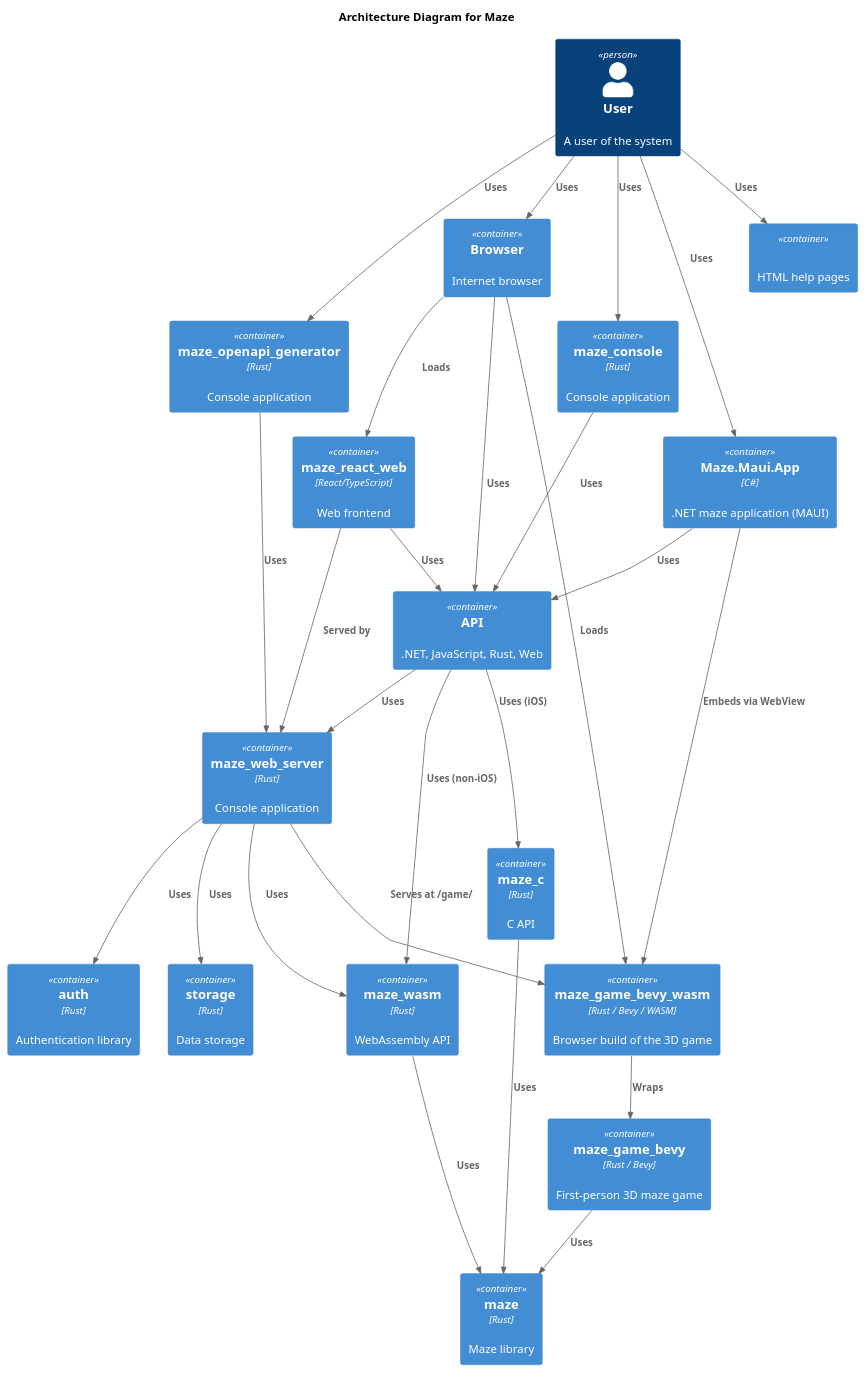
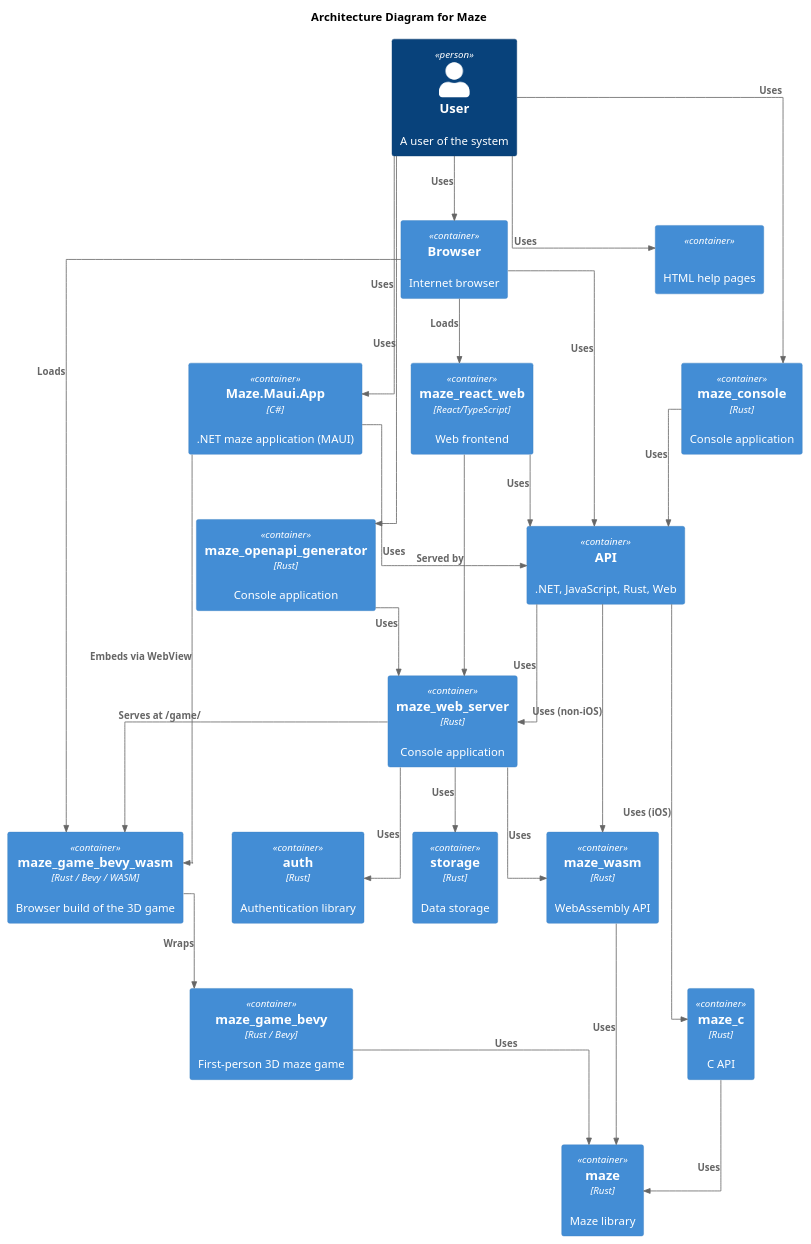
The diagram in docs/diagrams/architecture.puml (budgiedownunder/maze), drawn with PlantUML before and after one commit. The commit also changed 1 other file, not shown here.

Commit message:
docs(diagrams): tighten layout with orthogonal lines and wider node/rank spacing

```diff
--- a/docs/diagrams/architecture.puml
+++ b/docs/diagrams/architecture.puml
@@ -2,51 +2,56 @@
 @startuml architecture
 
 !include https://raw.githubusercontent.com/plantuml-stdlib/C4-PlantUML/master/C4_Container.puml
+
+LAYOUT_TOP_DOWN()
+skinparam linetype ortho
+skinparam nodesep 60
+skinparam ranksep 80
 
 title Architecture Diagram for Maze
 
 Person(user, "User", "A user of the system")
 
 Container(api, "API", "", ".NET, JavaScript, Rust, Web")
 Container(auth, "auth", "Rust", "Authentication library")
 Container(browser, "Browser", "", "Internet browser")
 Container(html_help, "", "", "HTML help pages")
 Container(maze, "maze", "Rust", "Maze library")
 Container(maze_c, "maze_c", "Rust", "C API")
 Container(maze_console, "maze_console", "Rust", "Console application")
 Container(maze_game_bevy, "maze_game_bevy", "Rust / Bevy", "First-person 3D maze game")
 Container(maze_game_bevy_wasm, "maze_game_bevy_wasm", "Rust / Bevy / WASM", "Browser build of the 3D game")
 Container(maze_maui_app_net, "Maze.Maui.App", "C#", ".NET maze application (MAUI)")
 Container(maze_openapi_generator, "maze_openapi_generator", "Rust", "Console application")
 Container(maze_wasm, "maze_wasm", "Rust", "WebAssembly API")
 Container(maze_react_web, "maze_react_web", "React/TypeScript", "Web frontend")
 Container(maze_web_server, "maze_web_server", "Rust", "Console application")
 Container(storage, "storage", "Rust", "Data storage")
 
 Rel(user, browser, "Uses")
 Rel(maze_react_web, maze_web_server, "Served by")
 Rel(user, html_help, "Uses")
 Rel(user, maze_console, "Uses")
 Rel(user, maze_maui_app_net, "Uses")
 Rel(user, maze_openapi_generator, "Uses")
 Rel(browser, api, "Uses")
 Rel(browser, maze_react_web, "Loads")
 Rel(maze_react_web, api, "Uses")
 Rel(maze_console, api, "Uses")
 Rel(maze_maui_app_net, api, "Uses")
 Rel(maze_openapi_generator, maze_web_server, "Uses")
 Rel(maze_c, maze, "Uses")
 Rel(maze_wasm, maze, "Uses")
 Rel(api, maze_wasm, "Uses (non-iOS)")
 Rel(api, maze_c, "Uses (iOS)")
 Rel(api, maze_web_server, "Uses")
 Rel(maze_web_server, maze_wasm, "Uses")
 Rel(maze_web_server, auth, "Uses")
 Rel(maze_web_server, storage, "Uses")
 Rel(maze_game_bevy, maze, "Uses")
 Rel(maze_game_bevy_wasm, maze_game_bevy, "Wraps")
 Rel(maze_web_server, maze_game_bevy_wasm, "Serves at /game/")
 Rel(browser, maze_game_bevy_wasm, "Loads")
 Rel(maze_maui_app_net, maze_game_bevy_wasm, "Embeds via WebView")
 
 @enduml
```
